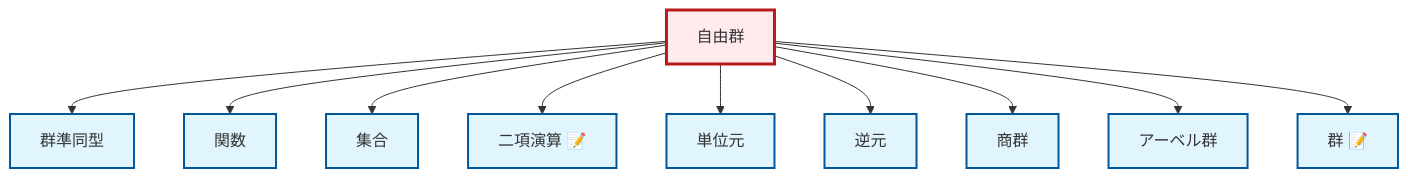
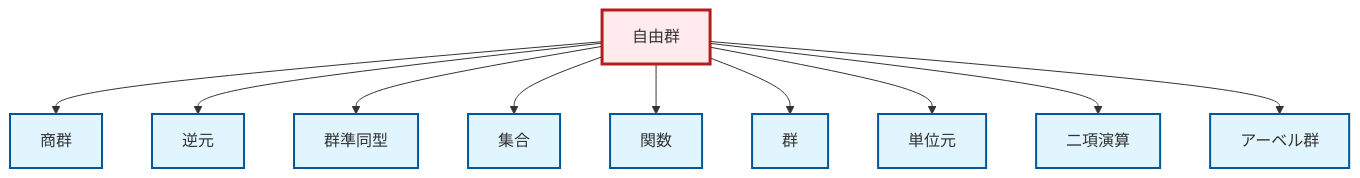
Before and after one commit to RK0429/ModernMath: the diagram in output/mermaid/ja/def-free-group.mermaid, drawn with Mermaid. The commit also changed 1710 other files, not shown here.

```diff
--- a/output/mermaid/ja/def-free-group.mermaid
+++ b/output/mermaid/ja/def-free-group.mermaid
@@ -1,26 +1,26 @@
 graph TD
     classDef definition fill:#e1f5fe,stroke:#01579b,stroke-width:2px
     classDef theorem fill:#f3e5f5,stroke:#4a148c,stroke-width:2px
     classDef axiom fill:#fff3e0,stroke:#e65100,stroke-width:2px
     classDef example fill:#e8f5e9,stroke:#1b5e20,stroke-width:2px
     classDef current fill:#ffebee,stroke:#b71c1c,stroke-width:3px
-    def-group["群 📝"]:::definition
-    def-inverse-element["逆元"]:::definition
+    def-homomorphism["群準同型"]:::definition
     def-quotient-group["商群"]:::definition
+    def-set["集合"]:::definition
+    def-function["関数"]:::definition
+    def-free-group["自由群"]:::definition
+    def-binary-operation["二項演算"]:::definition
     def-abelian-group["アーベル群"]:::definition
     def-identity-element["単位元"]:::definition
-    def-homomorphism["群準同型"]:::definition
-    def-set["集合"]:::definition
-    def-free-group["自由群"]:::definition
-    def-function["関数"]:::definition
-    def-binary-operation["二項演算 📝"]:::definition
+    def-inverse-element["逆元"]:::definition
+    def-group["群"]:::definition
+    def-free-group --> def-quotient-group
+    def-free-group --> def-inverse-element
     def-free-group --> def-homomorphism
+    def-free-group --> def-set
     def-free-group --> def-function
-    def-free-group --> def-set
+    def-free-group --> def-group
+    def-free-group --> def-identity-element
     def-free-group --> def-binary-operation
-    def-free-group --> def-identity-element
-    def-free-group --> def-inverse-element
-    def-free-group --> def-quotient-group
     def-free-group --> def-abelian-group
-    def-free-group --> def-group
     class def-free-group current
```
